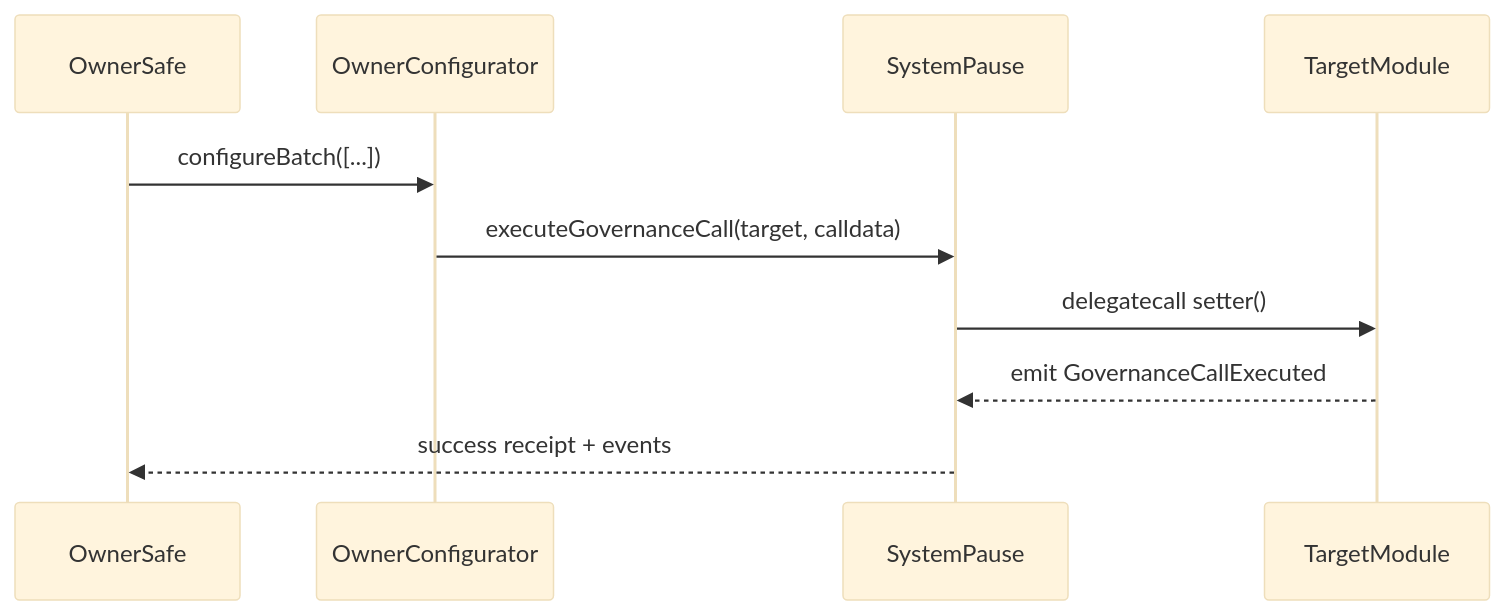
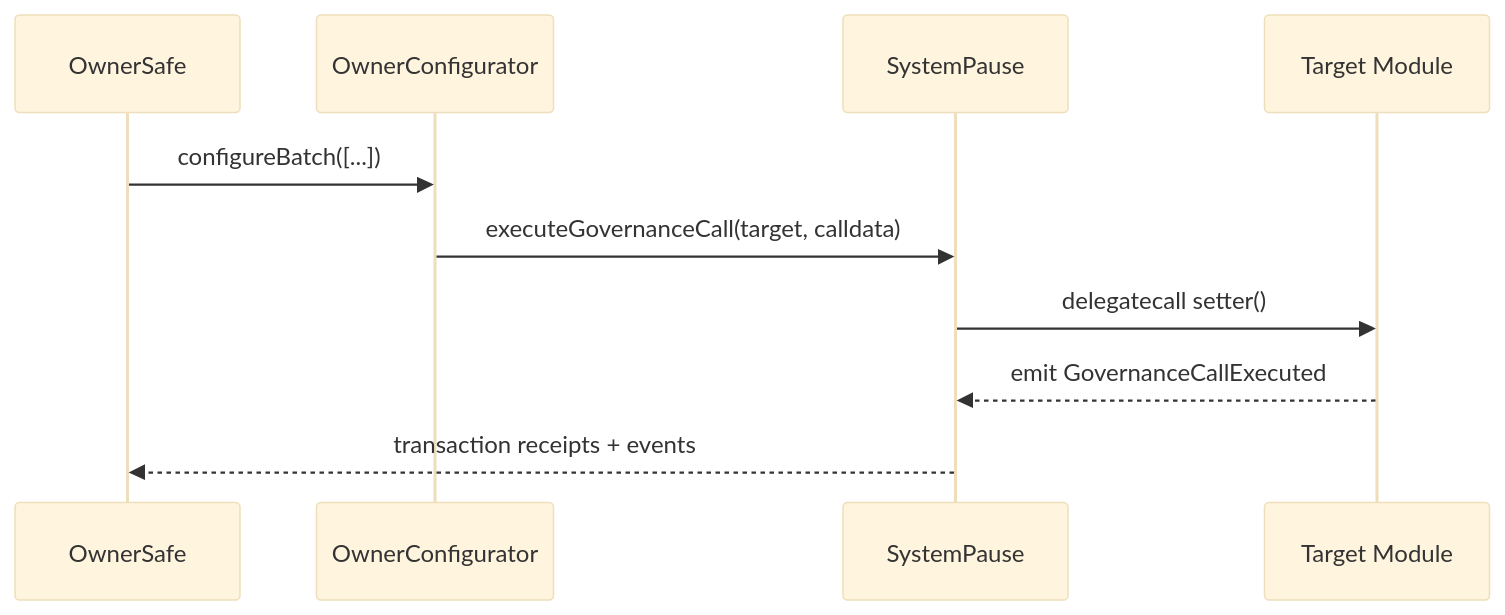
Before and after one commit to MontrealAI/agijobs-sovereign-labor-v0p1: the fourth of 5 diagrams in deploy/README.md, drawn with Mermaid (base theme). The commit also changed other lines of this file, not shown here.

````diff
--- a/deploy/README.md
+++ b/deploy/README.md
@@ -265,12 +807,12 @@
 ```mermaid
 sequenceDiagram
     participant OwnerSafe
     participant Configurator as OwnerConfigurator
     participant Pause as SystemPause
-    participant TargetModule
+    participant Module as Target Module
     OwnerSafe->>Configurator: configureBatch([...])
     Configurator->>Pause: executeGovernanceCall(target, calldata)
-    Pause->>TargetModule: delegatecall setter()
-    TargetModule-->>Pause: emit GovernanceCallExecuted
-    Pause-->>OwnerSafe: success receipt + events
+    Pause->>Module: delegatecall setter()
+    Module-->>Pause: emit GovernanceCallExecuted
+    Pause-->>OwnerSafe: transaction receipts + events
 ```
````
